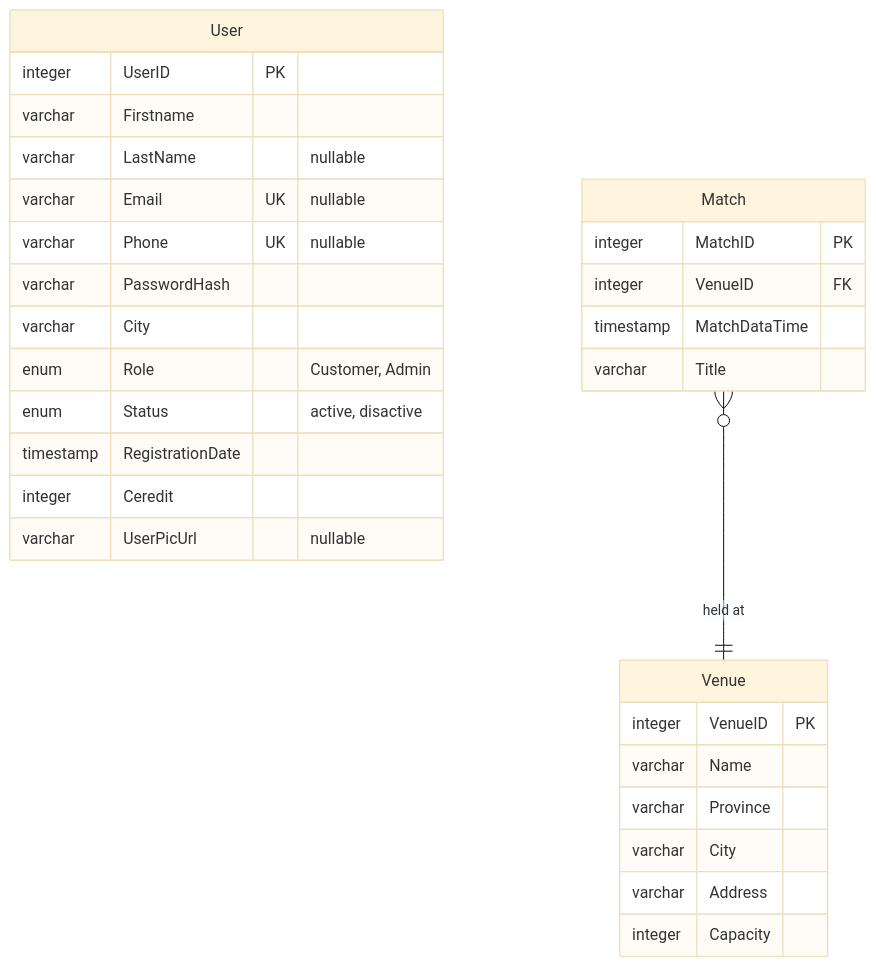
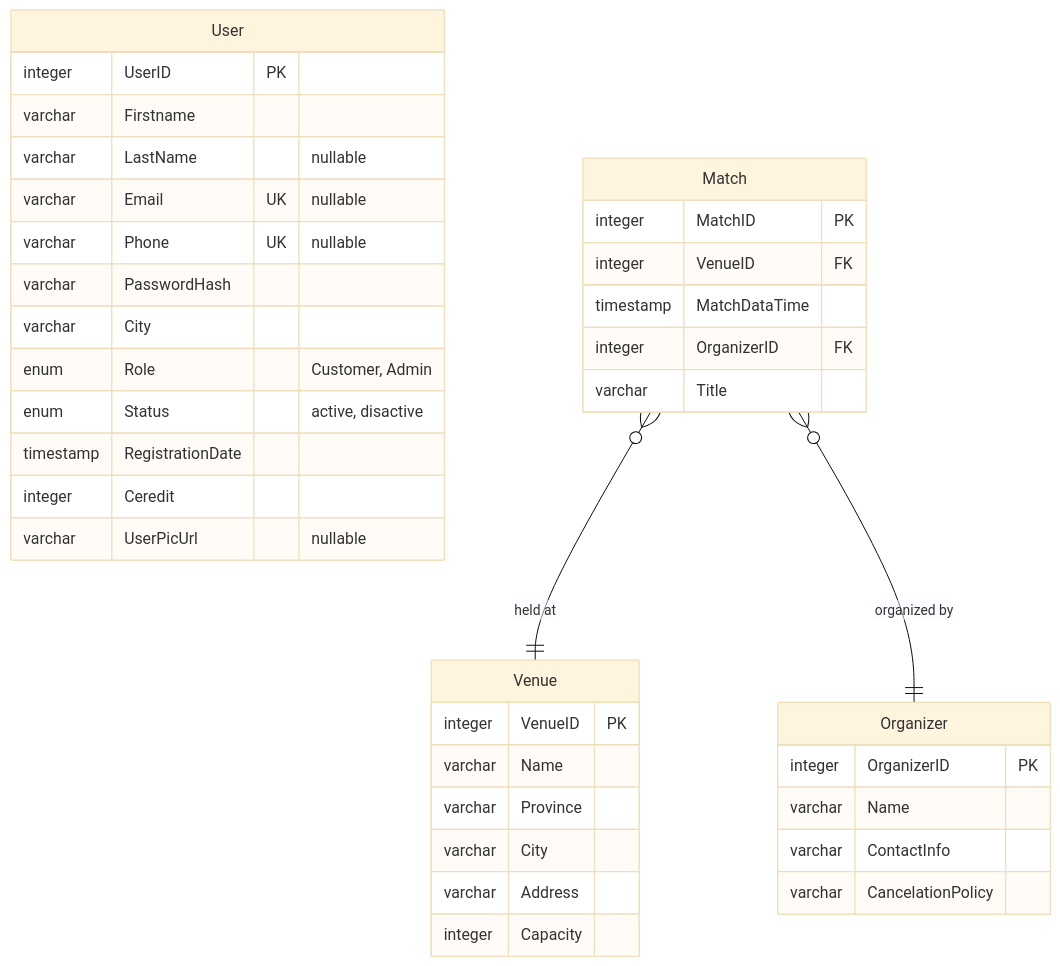
The diagram in sql.mmd (smhhd/BookTheGame), drawn with Mermaid (base theme) before and after one commit.

Commit message:
Adding the Organizer table along with its relationships

```diff
--- a/sql.mmd
+++ b/sql.mmd
@@ -1,34 +1,41 @@
 erDiagram
     User {
         integer UserID PK
         varchar Firstname
         varchar LastName "nullable"
         varchar Email UK "nullable"
         varchar Phone UK "nullable"
         varchar PasswordHash
         varchar City
         enum Role "Customer, Admin"
         enum Status "active, disactive"
         timestamp RegistrationDate
         integer Ceredit
         varchar UserPicUrl "nullable"
     }
     Match {
         integer MatchID PK
         integer VenueID FK
         timestamp MatchDataTime
+        integer OrganizerID FK
         varchar Title
     }
     Venue {
         integer VenueID PK
         varchar Name
         varchar Province
         varchar City
         varchar Address
         integer Capacity
     }
-
+    Organizer {
+        integer OrganizerID PK
+        varchar Name
+        varchar ContactInfo
+        varchar CancelationPolicy
+    }
 
 
     %% Relationships
     Match }o--|| Venue : "held at"
+    Match }o--|| Organizer : "organized by"
```
